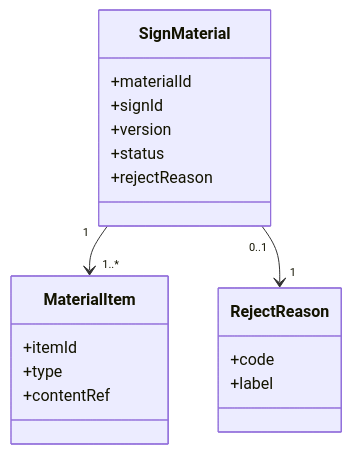
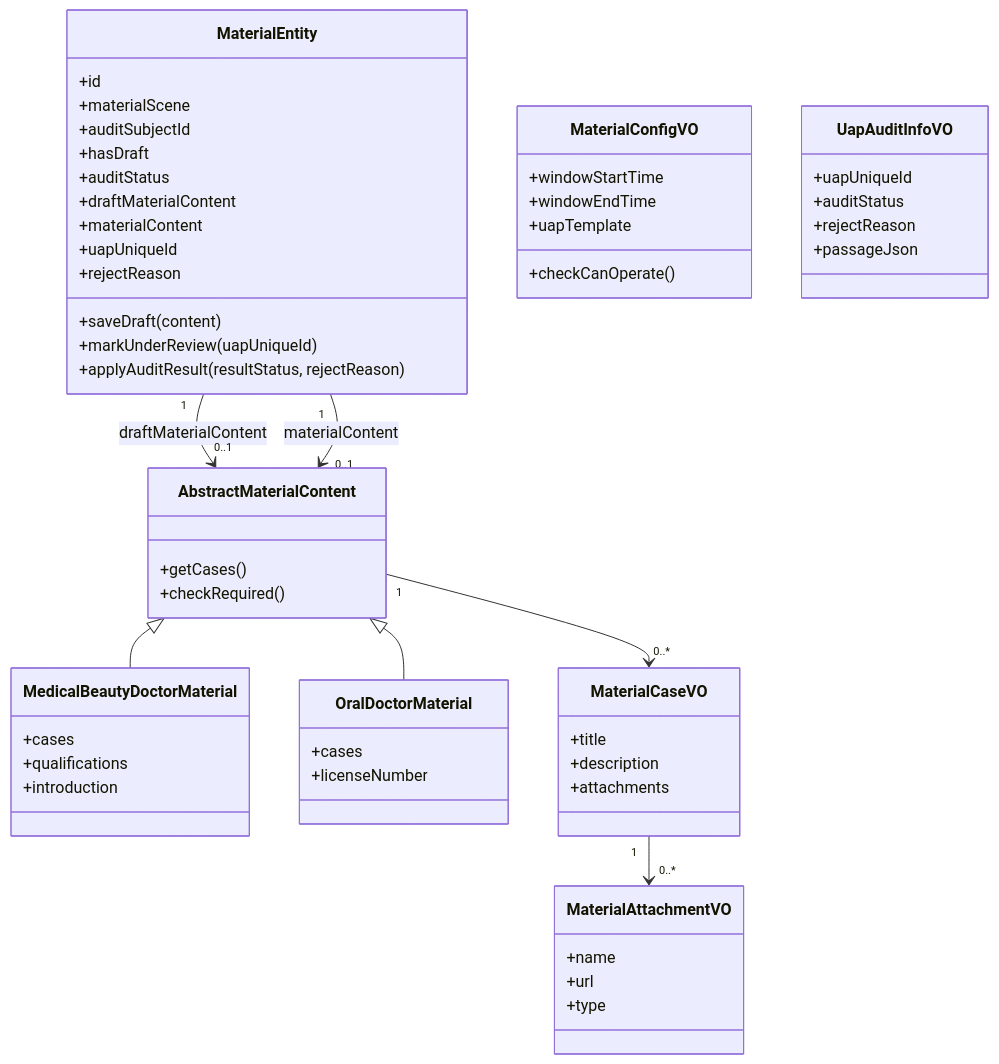
One commit to cyrill-rrr/rank changed the first of 4 diagrams in Knowledgebase/domains/material/README.md. Above: the diagram before and after it, drawn with Mermaid. The commit also changed other lines of this file and 1 other file, not shown here.

````diff
--- a/Knowledgebase/domains/material/README.md
+++ b/Knowledgebase/domains/material/README.md
@@ -27,21 +43,58 @@
 ```mermaid
 classDiagram
-  class SignMaterial {
-    +materialId
-    +signId
-    +version
-    +status
+  class MaterialEntity {
+    +id
+    +materialScene
+    +auditSubjectId
+    +hasDraft
+    +auditStatus
+    +draftMaterialContent
+    +materialContent
+    +uapUniqueId
     +rejectReason
+    +saveDraft(content)
+    +markUnderReview(uapUniqueId)
+    +applyAuditResult(resultStatus, rejectReason)
   }
-  class MaterialItem {
-    +itemId
+  class AbstractMaterialContent {
+    +getCases()
+    +checkRequired()
+  }
+  class MedicalBeautyDoctorMaterial {
+    +cases
+    +qualifications
+    +introduction
+  }
+  class OralDoctorMaterial {
+    +cases
+    +licenseNumber
+  }
+  class MaterialCaseVO {
+    +title
+    +description
+    +attachments
+  }
+  class MaterialAttachmentVO {
+    +name
+    +url
     +type
-    +contentRef
   }
-  class RejectReason {
-    +code
-    +label
+  class MaterialConfigVO {
+    +windowStartTime
+    +windowEndTime
+    +uapTemplate
+    +checkCanOperate()
   }
-  SignMaterial "1" --> "1..*" MaterialItem
-  SignMaterial "0..1" --> "1" RejectReason
+  class UapAuditInfoVO {
+    +uapUniqueId
+    +auditStatus
+    +rejectReason
+    +passageJson
+  }
+  MaterialEntity "1" --> "0..1" AbstractMaterialContent : draftMaterialContent
+  MaterialEntity "1" --> "0..1" AbstractMaterialContent : materialContent
+  AbstractMaterialContent <|-- MedicalBeautyDoctorMaterial
+  AbstractMaterialContent <|-- OralDoctorMaterial
+  AbstractMaterialContent "1" --> "0..*" MaterialCaseVO
+  MaterialCaseVO "1" --> "0..*" MaterialAttachmentVO
 ```
````
